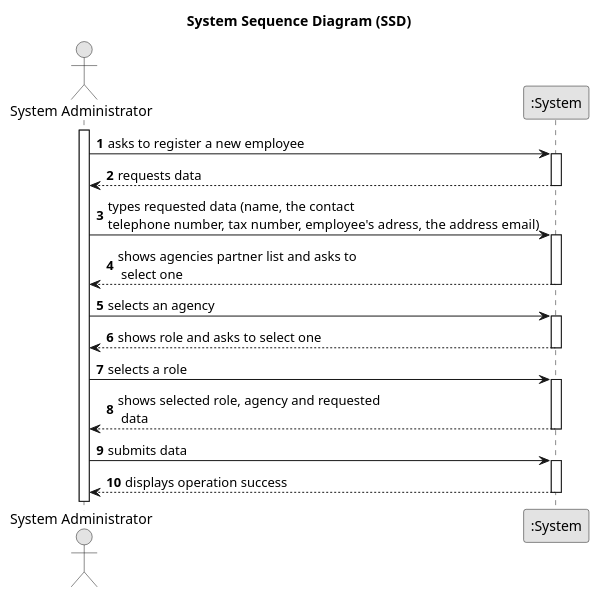
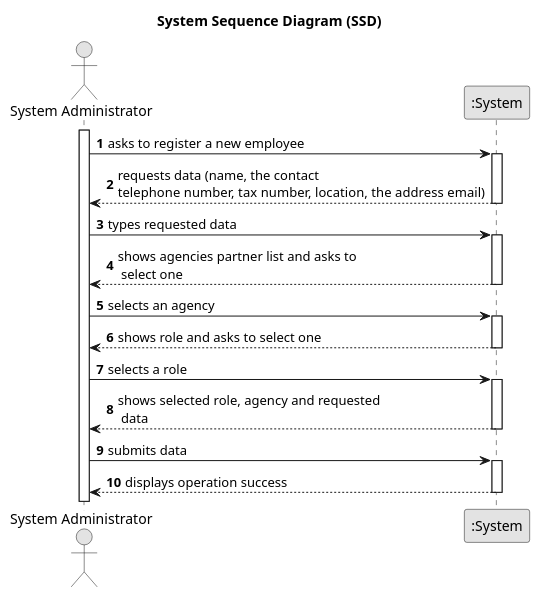
One commit to rita-barbosa/LAPR2-2223 changed the diagram in docs/sprintB/us003/01.requirements-engineering/puml/us003-system-sequence-diagram.puml. Above: the diagram before and after it, drawn with PlantUML. The commit also changed 1 other file, not shown here.

```diff
--- a/docs/sprintB/us003/01.requirements-engineering/puml/us003-system-sequence-diagram.puml
+++ b/docs/sprintB/us003/01.requirements-engineering/puml/us003-system-sequence-diagram.puml
@@ -1,47 +1,47 @@
 @startuml
 skinparam monochrome true
 skinparam packageStyle rectangle
 skinparam shadowing false
 
 title System Sequence Diagram (SSD)
 
 autonumber
 
 actor "System Administrator" as Employee
 participant ":System" as System
 
 activate Employee
 
     Employee -> System : asks to register a new employee
     activate System
 
-        System --> Employee : requests data
+        System --> Employee : requests data (name, the contact \ntelephone number, tax number, location, the address email)
     deactivate System
 
-    Employee -> System : types requested data (name, the contact \ntelephone number, tax number, employee's adress, the address email)
+    Employee -> System : types requested data
     activate System
 
         System --> Employee : shows agencies partner list and asks to \n select one
     deactivate System
 
     Employee -> System : selects an agency
     activate System
 
 
     System --> Employee : shows role and asks to select one
         deactivate System
 
     Employee -> System : selects a role
             activate System
 
 
         System --> Employee : shows selected role, agency and requested \n data
     deactivate System
 
     Employee -> System : submits data
     activate System
 
         System --> Employee : displays operation success
     deactivate System
 
 @enduml
```
